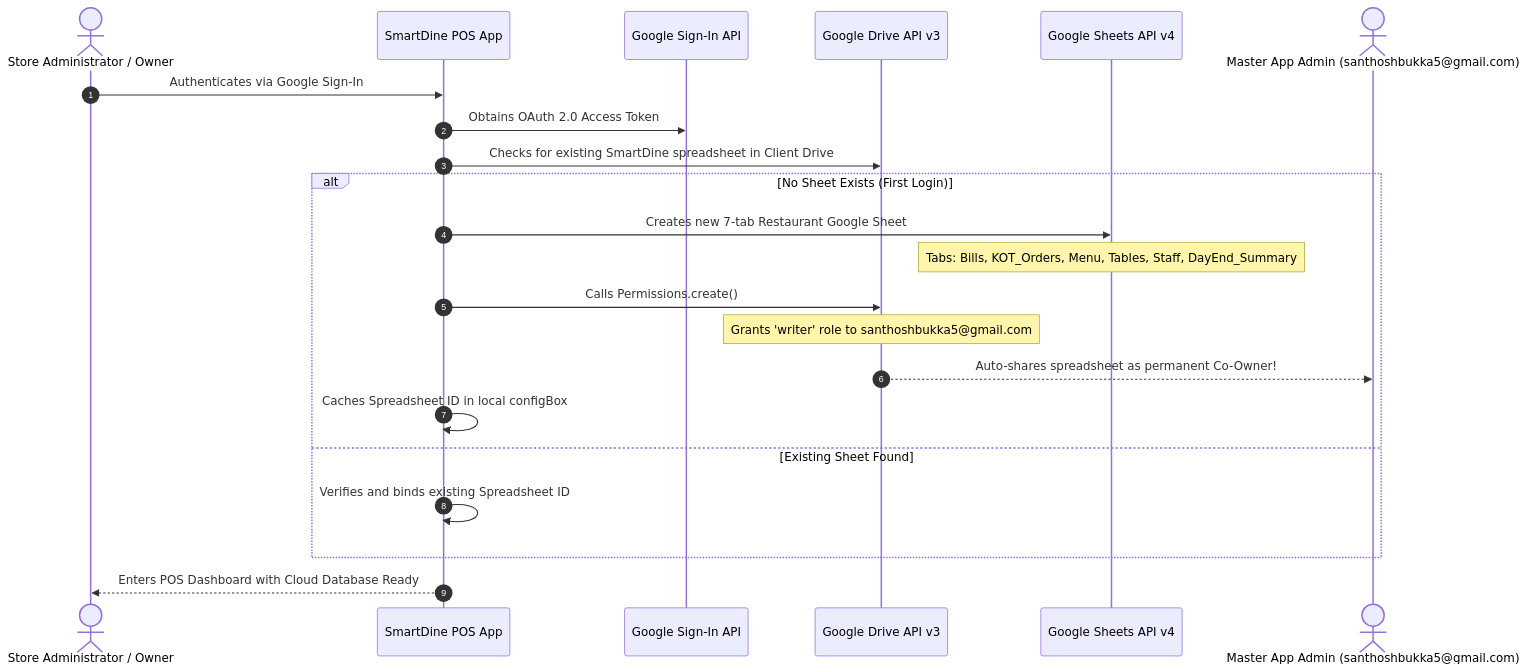
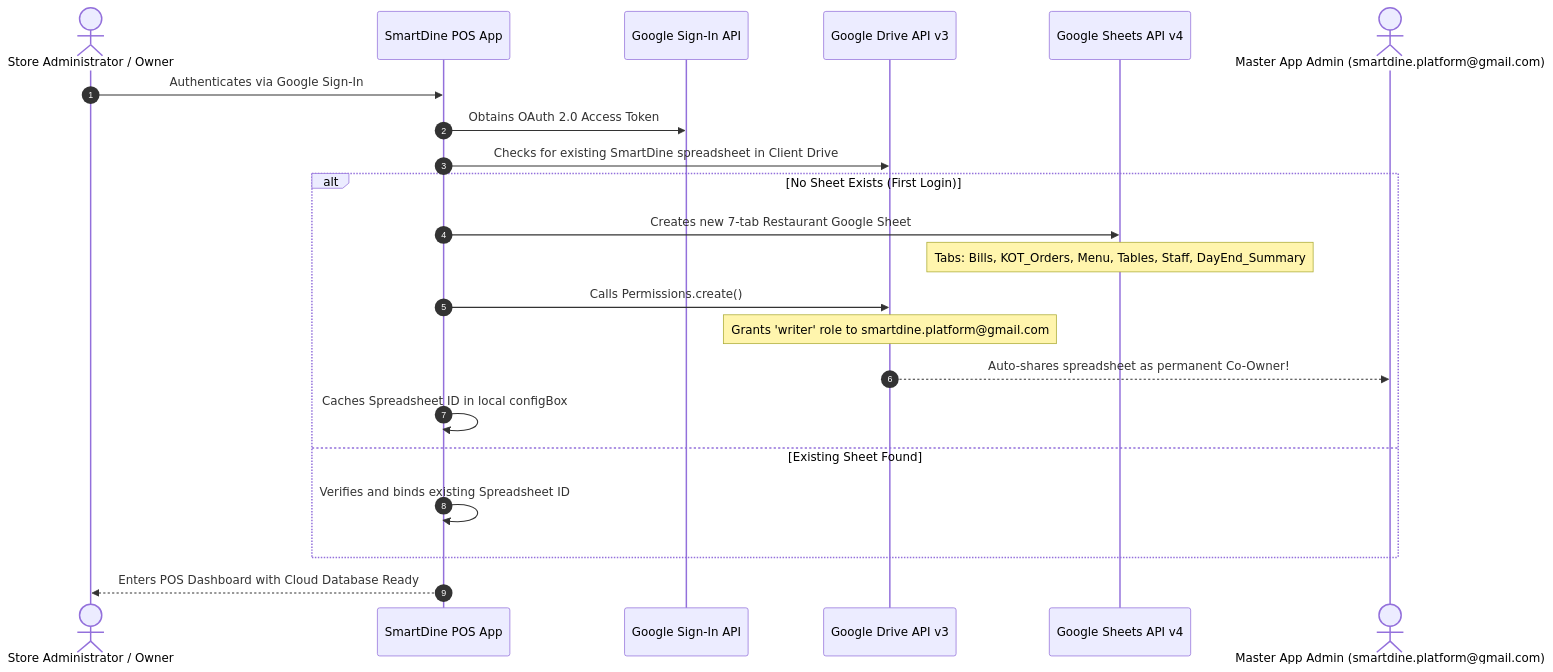
The second of 9 diagrams in FLOWS_AND_SCENARIOS.md (Santhosh-Guptha/smart_restaurant_pos), drawn with Mermaid before and after one commit. The commit also changed other lines of this file and 6 other files, not shown here.

````diff
--- a/FLOWS_AND_SCENARIOS.md
+++ b/FLOWS_AND_SCENARIOS.md
@@ -52,25 +56,25 @@
 ```mermaid
 sequenceDiagram
     autonumber
     actor StoreAdmin as Store Administrator / Owner
     participant POS as SmartDine POS App
     participant GAuth as Google Sign-In API
     participant Drive as Google Drive API v3
     participant Sheets as Google Sheets API v4
-    actor MasterAdmin as Master App Admin (santhoshbukka5@gmail.com)
+    actor MasterAdmin as Master App Admin (smartdine.platform@gmail.com)
 
     StoreAdmin->>POS: Authenticates via Google Sign-In
     POS->>GAuth: Obtains OAuth 2.0 Access Token
     POS->>Drive: Checks for existing SmartDine spreadsheet in Client Drive
     alt No Sheet Exists (First Login)
         POS->>Sheets: Creates new 7-tab Restaurant Google Sheet
         Note over Sheets: Tabs: Bills, KOT_Orders, Menu, Tables, Staff, DayEnd_Summary
         POS->>Drive: Calls Permissions.create()
-        Note over Drive: Grants 'writer' role to santhoshbukka5@gmail.com
+        Note over Drive: Grants 'writer' role to smartdine.platform@gmail.com
         Drive-->>MasterAdmin: Auto-shares spreadsheet as permanent Co-Owner!
         POS->>POS: Caches Spreadsheet ID in local configBox
     else Existing Sheet Found
         POS->>POS: Verifies and binds existing Spreadsheet ID
     end
     POS-->>StoreAdmin: Enters POS Dashboard with Cloud Database Ready
 ```
````
